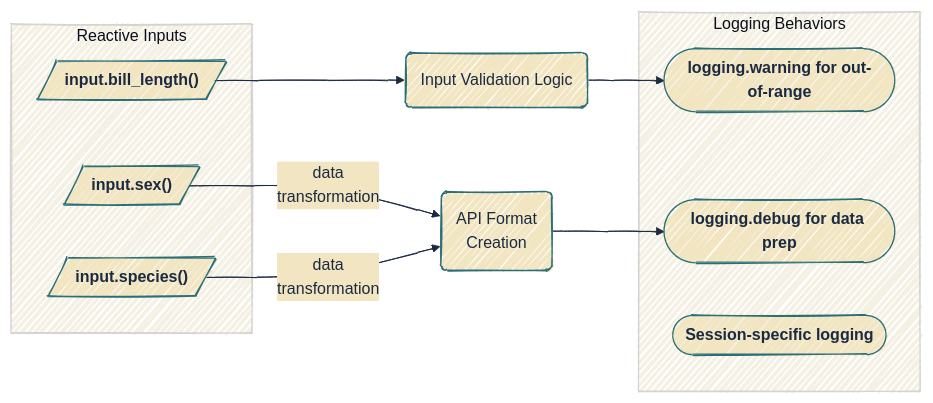
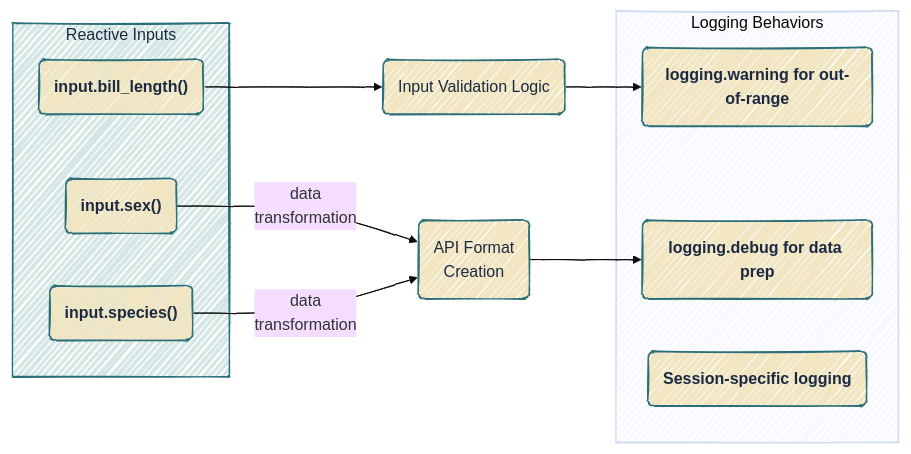
One commit to mjfrigaard/do4ds-labs changed the fifth of 15 diagrams in app-log-py.qmd. Above: the diagram before and after it, drawn with Mermaid. The commit also changed other lines of this file and 37 other files, not shown here.

Commit message:
updates to mermaid

````diff
--- a/app-log-py.qmd
+++ b/app-log-py.qmd
@@ -485,31 +499,33 @@
 ```{mermaid}
 %%| fig-cap: 'Reactive Inputs'
 %%| fig-width: 7.0
 %%| fig-align: center
-%%{init: {'theme': 'base', 'look': 'handDrawn', 'themeVariables': { 'fontFamily': 'monospace', 'primaryColor': '#F2E6C2', 'primaryBorderColor': '#2A6F77', 'primaryTextColor': '#1B2A41', 'secondaryColor': '#d4e7e4', 'tertiaryColor': '#f5f0e4', 'lineColor': '#1B2A41', 'edgeLabelBackground': '#F2E6C2'}}}%%
+%%{init: {'theme': 'base', 'look': 'handDrawn', 'themeVariables': {'fontFamily': 'monospace'}}}%%
 
 graph LR
     subgraph Inputs["Reactive Inputs"]
-        InputBillLength[/"<strong>input.bill_length()</strong>"/]
-        InputSex[/"<strong>input.sex()</strong>"/]
-        InputSpecies[/"<strong>input.species()</strong>"/]
+        InputBillLength("<strong>input.bill_length()</strong>")
+        InputSex("<strong>input.sex()</strong>")
+        InputSpecies("<strong>input.species()</strong>")
     end
 
         
     Validation("Input Validation Logic")
     APIFormat("API Format<br>Creation")
     
     subgraph "Logging Behaviors"
-        ValidationLog(["<strong>logging.warning for out-of-range</strong>"])
-        DebugLog(["<strong>logging.debug for data prep</strong>"])
-        SessionLog(["<strong>Session-specific logging</strong>"])
+        ValidationLog("<strong>logging.warning for out-of-range</strong>")
+        DebugLog("<strong>logging.debug for data prep</strong>")
+        SessionLog("<strong>Session-specific logging</strong>")
     end
     
     InputBillLength --> Validation
     InputSex & InputSpecies --"data<br>transformation"--> APIFormat
     Validation --> ValidationLog
     APIFormat --> DebugLog
+    classDef default fill:#F2E6C2,stroke:#2A6F77,color:#1B2A41
+    style Inputs fill:#d4e7e4,stroke:#2A6F77,color:#1B2A41
 
 
 
 ```
````
